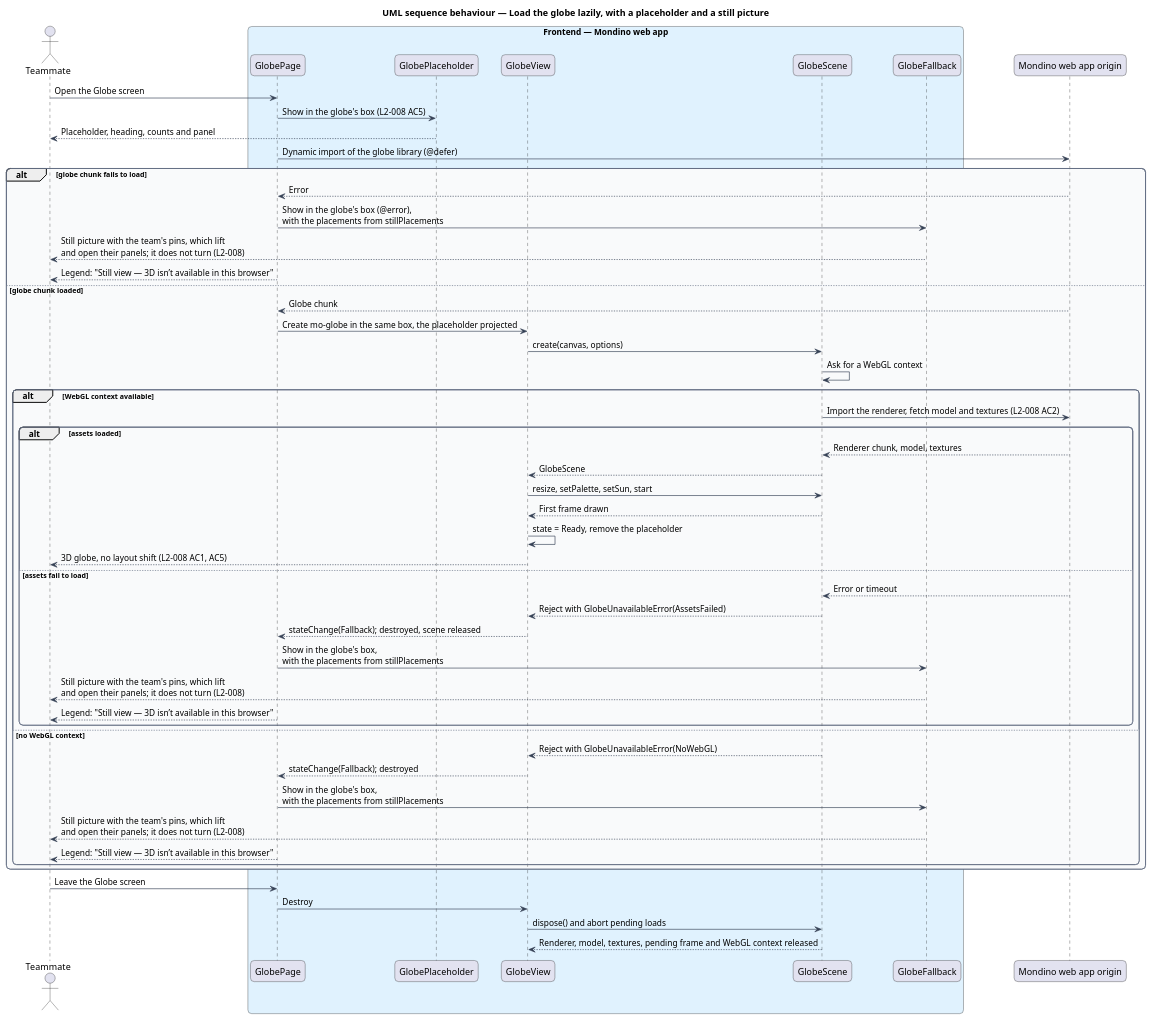
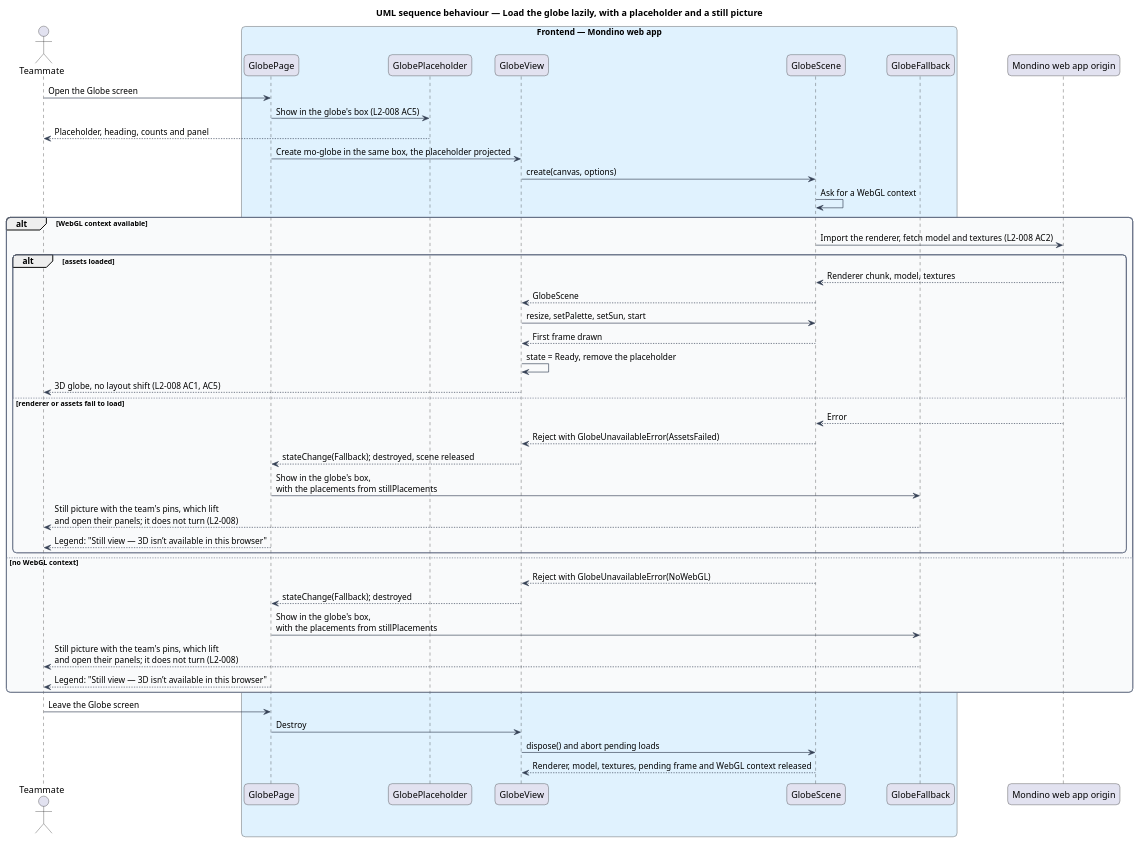
The diagram in docs/detailed-designs/globe/draw-globe/diagrams/sequence-load-globe.puml (QuinntyneBrown/Mondino), drawn with PlantUML before and after one commit. The commit also changed 39 other files, not shown here.

First line of the commit message:
Draw the 3D globe on the Globe screen, from Blender-built assets served by the app itself

```diff
--- a/docs/detailed-designs/globe/draw-globe/diagrams/sequence-load-globe.puml
+++ b/docs/detailed-designs/globe/draw-globe/diagrams/sequence-load-globe.puml
@@ -1,69 +1,60 @@
 @startuml
 title UML sequence behaviour — Load the globe lazily, with a placeholder and a still picture
 skinparam backgroundColor #FFFFFF
 skinparam shadowing false
 skinparam roundcorner 12
 skinparam defaultFontName Arial
 skinparam ArrowColor #344054
 skinparam rectangle {
   BorderColor #344054
   FontColor #101828
 }
 skinparam package {
   BorderColor #667085
   FontColor #101828
   BackgroundColor #F9FAFB
 }
 actor "Teammate" as actor
 box "Frontend — Mondino web app" #E0F2FE
   participant "GlobePage" as page
   participant "GlobePlaceholder" as placeholder
   participant "GlobeView" as view
   participant "GlobeScene" as scene
   participant "GlobeFallback" as fallback
 end box
 participant "Mondino web app origin" as origin
 actor -> page : Open the Globe screen
 page -> placeholder : Show in the globe's box (L2-008 AC5)
 placeholder --> actor : Placeholder, heading, counts and panel
-page -> origin : Dynamic import of the globe library (@defer)
-alt globe chunk fails to load
-  origin --> page : Error
-  page -> fallback : Show in the globe's box (@error),\nwith the placements from stillPlacements
-  fallback --> actor : Still picture with the team's pins, which lift\nand open their panels; it does not turn (L2-008)
-  page --> actor : Legend: "Still view — 3D isn’t available in this browser"
-else globe chunk loaded
-origin --> page : Globe chunk
 page -> view : Create mo-globe in the same box, the placeholder projected
 view -> scene : create(canvas, options)
 scene -> scene : Ask for a WebGL context
 alt WebGL context available
   scene -> origin : Import the renderer, fetch model and textures (L2-008 AC2)
   alt assets loaded
     origin --> scene : Renderer chunk, model, textures
     scene --> view : GlobeScene
     view -> scene : resize, setPalette, setSun, start
     scene --> view : First frame drawn
     view -> view : state = Ready, remove the placeholder
     view --> actor : 3D globe, no layout shift (L2-008 AC1, AC5)
-  else assets fail to load
-    origin --> scene : Error or timeout
+  else renderer or assets fail to load
+    origin --> scene : Error
     scene --> view : Reject with GlobeUnavailableError(AssetsFailed)
     view --> page : stateChange(Fallback); destroyed, scene released
     page -> fallback : Show in the globe's box,\nwith the placements from stillPlacements
     fallback --> actor : Still picture with the team's pins, which lift\nand open their panels; it does not turn (L2-008)
     page --> actor : Legend: "Still view — 3D isn’t available in this browser"
   end
 else no WebGL context
   scene --> view : Reject with GlobeUnavailableError(NoWebGL)
   view --> page : stateChange(Fallback); destroyed
   page -> fallback : Show in the globe's box,\nwith the placements from stillPlacements
   fallback --> actor : Still picture with the team's pins, which lift\nand open their panels; it does not turn (L2-008)
   page --> actor : Legend: "Still view — 3D isn’t available in this browser"
 end
-end
 actor -> page : Leave the Globe screen
 page -> view : Destroy
 view -> scene : dispose() and abort pending loads
 scene --> view : Renderer, model, textures, pending frame and WebGL context released
 @enduml
```
